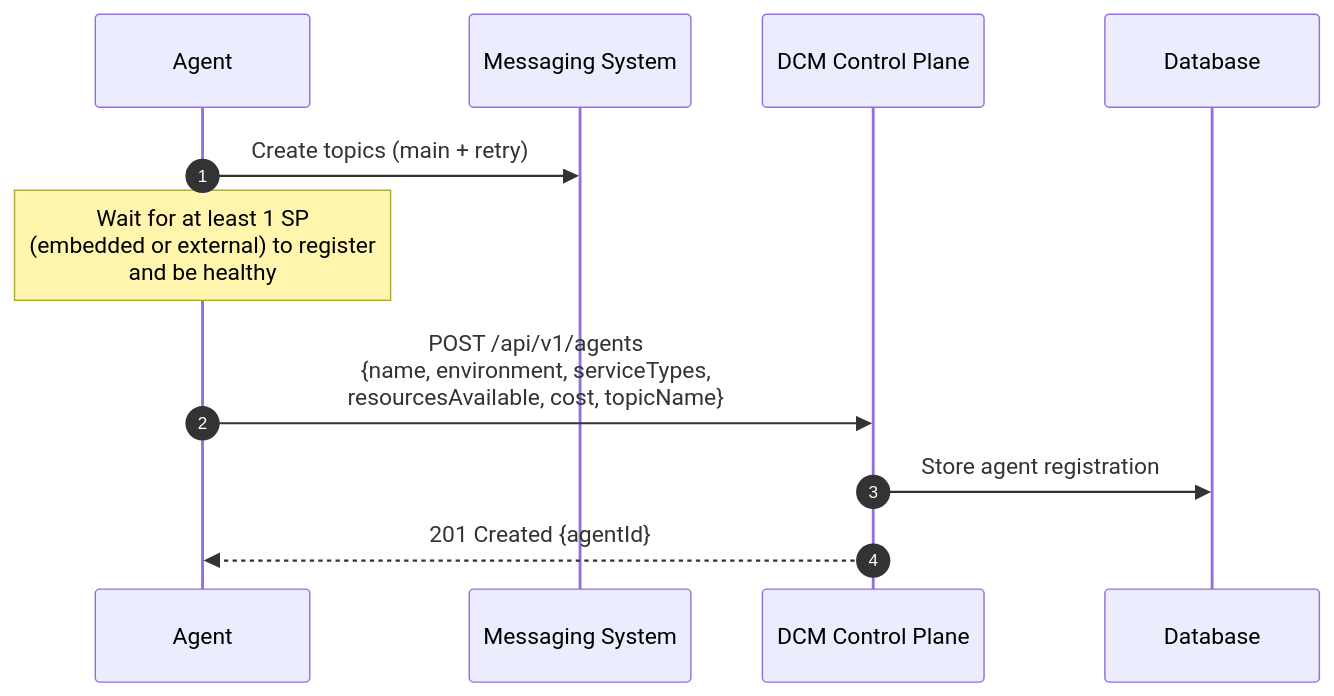
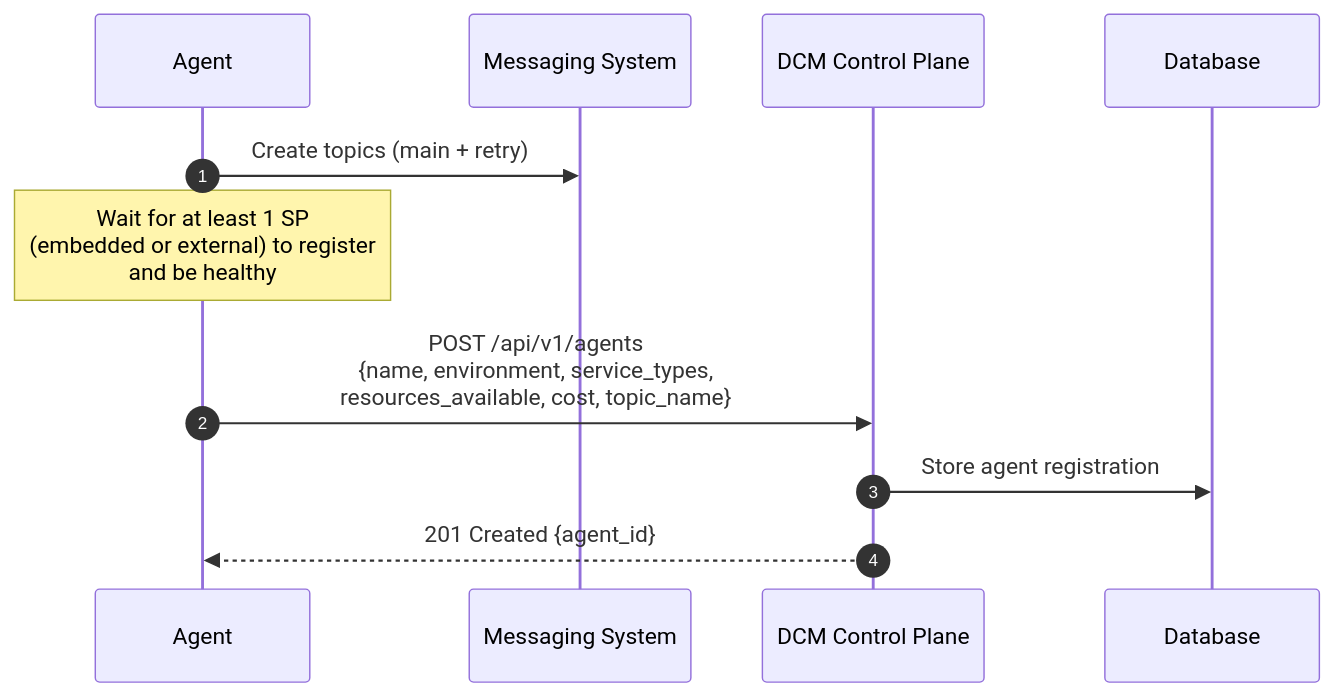
Before and after one commit to dcm-project/enhancements: the eighth of 23 diagrams in enhancements/user-flows/user-flows.md, drawn with Mermaid. The commit also changed other lines of this file and 19 other files, not shown here.

````diff
--- a/enhancements/user-flows/user-flows.md
+++ b/enhancements/user-flows/user-flows.md
@@ -596,15 +596,15 @@
 ```mermaid
 sequenceDiagram
     autonumber
     participant AG as Agent
     participant MS as Messaging System
     participant DCM as DCM Control Plane
     participant DB as Database
 
     AG->>MS: Create topics (main + retry)
     Note over AG: Wait for at least 1 SP<br/>(embedded or external) to register<br/>and be healthy
 
-    AG->>DCM: POST /api/v1/agents<br/>{name, environment, serviceTypes,<br/>resourcesAvailable, cost, topicName}
+    AG->>DCM: POST /api/v1/agents<br/>{name, environment, service_types,<br/>resources_available, cost, topic_name}
     DCM->>DB: Store agent registration
-    DCM-->>AG: 201 Created {agentId}
+    DCM-->>AG: 201 Created {agent_id}
 ```
````
